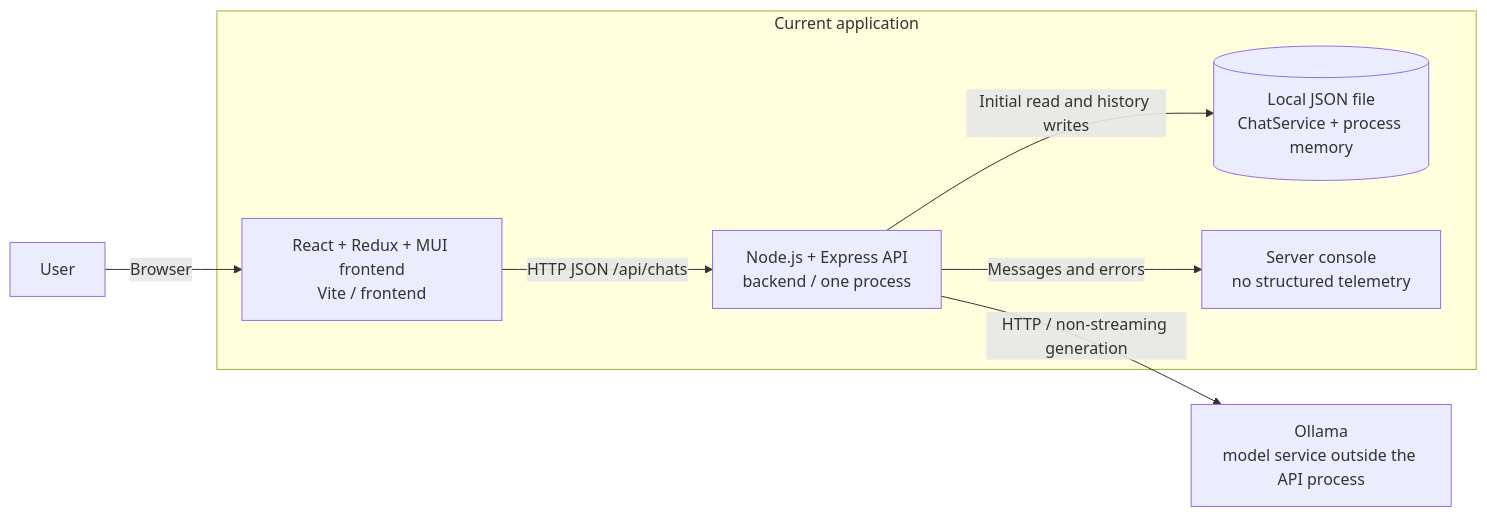
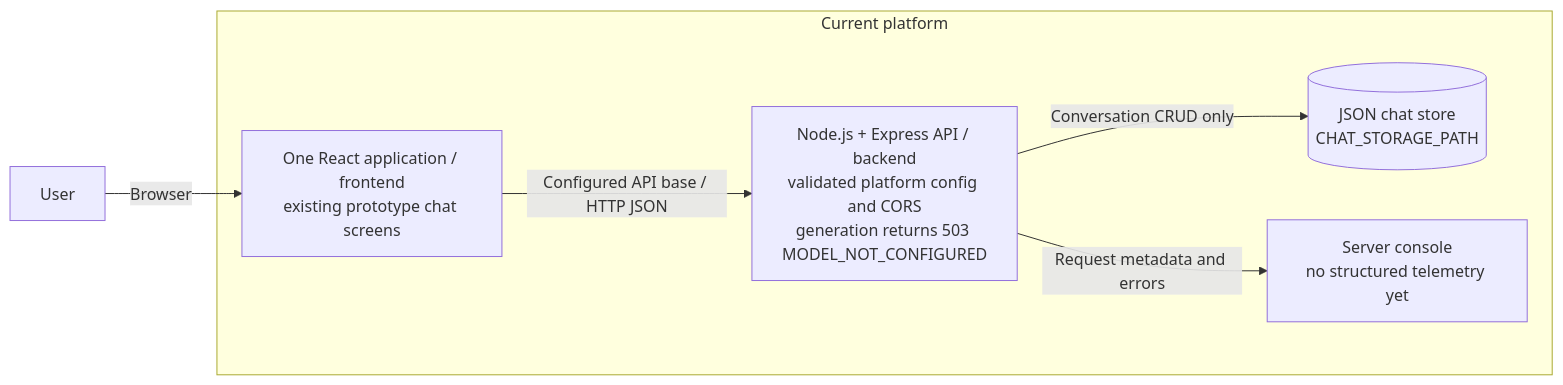
Before and after one commit to FelipeGarcia911/deepseek-chat: the first of 3 diagrams in docs/architecture.md, drawn with Mermaid. The commit also changed other lines of this file and 29 other files, not shown here.

First line of the commit message:
feat(config): validate platform configuration

````diff
--- a/docs/architecture.md
+++ b/docs/architecture.md
@@ -23,16 +10,14 @@
 ```mermaid
 flowchart LR
     user["User"]
-    subgraph platform["Current application"]
-        web["React + Redux + MUI frontend<br/>Vite / frontend"]
-        api["Node.js + Express API<br/>backend / one process"]
-        file[("Local JSON file<br/>ChatService + process memory")]
-        logs["Server console<br/>no structured telemetry"]
-        web -->|"HTTP JSON /api/chats"| api
-        api -->|"Initial read and history writes"| file
-        api -->|"Messages and errors"| logs
+    subgraph platform["Current platform"]
+        web["One React application / frontend<br/>existing prototype chat screens"]
+        api["Node.js + Express API / backend<br/>validated platform config and CORS<br/>generation returns 503 MODEL_NOT_CONFIGURED"]
+        data[("JSON chat store<br/>CHAT_STORAGE_PATH")]
+        logs["Server console<br/>no structured telemetry yet"]
+        web -->|"Configured API base / HTTP JSON"| api
+        api -->|"Conversation CRUD only"| data
+        api -->|"Request metadata and errors"| logs
     end
-    ollama["Ollama<br/>model service outside the API process"]
     user -->|"Browser"| web
-    api -->|"HTTP / non-streaming generation"| ollama
 ```
````
